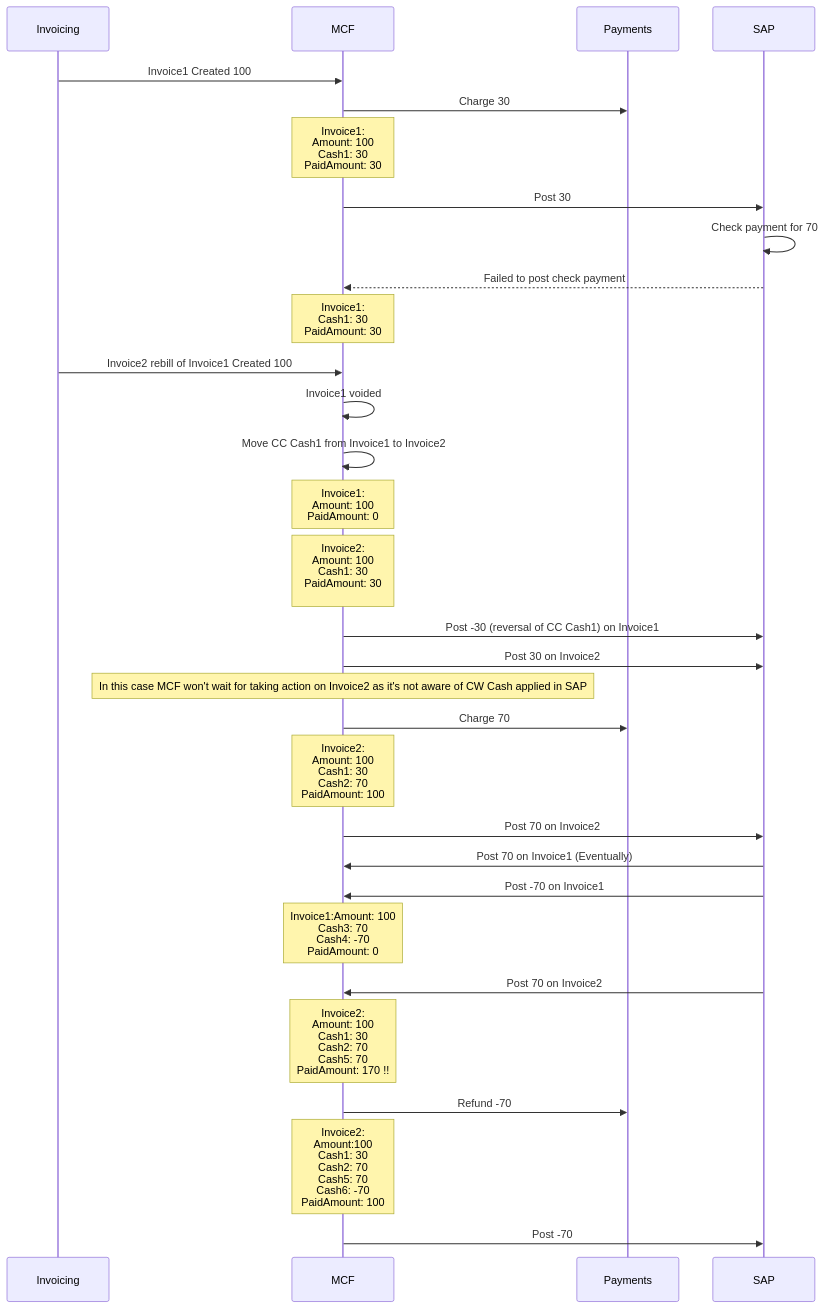
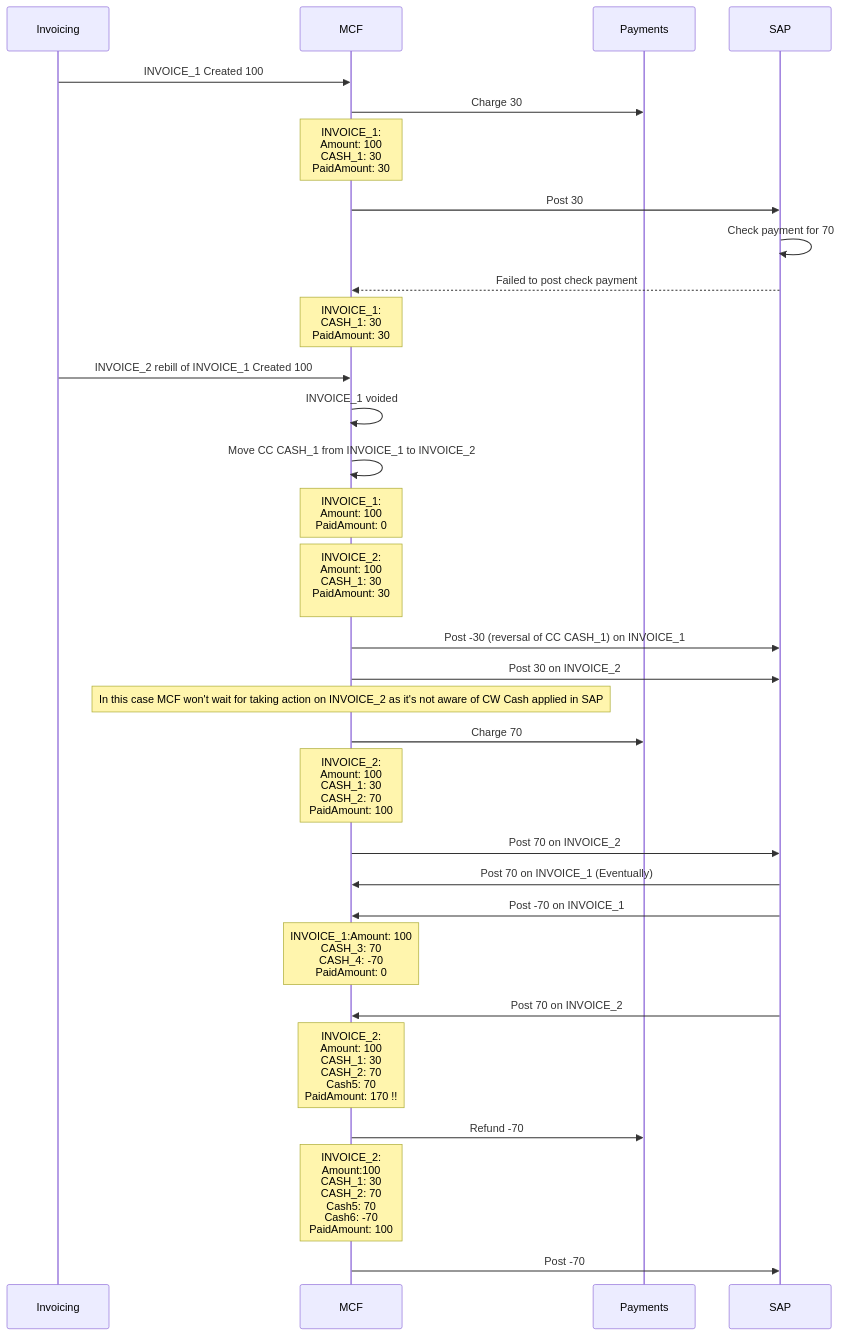
Before and after one commit to vikramsinha/test1: diagram 17 of 17 in MCF-SAP Scenarios.md, drawn with Mermaid. The commit also changed other lines of this file, not shown here.

Commit message:
Update MCF-SAP Scenarios.md

````diff
--- a/MCF-SAP Scenarios.md
+++ b/MCF-SAP Scenarios.md
@@ -289,35 +364,35 @@
 ```mermaid
 %%{init: {'theme': 'default'} }%%
 sequenceDiagram
     participant Invoicing
     participant MCF
     participant Payments
     participant SAP
-    Invoicing->>MCF: Invoice1 Created 100
+    Invoicing->>MCF: INVOICE_1 Created 100
     MCF->>Payments: Charge 30
-    Note over MCF: Invoice1:<br/>Amount: 100<br/>Cash1: 30<br/>PaidAmount: 30
+    Note over MCF: INVOICE_1:<br/>Amount: 100<br/>CASH_1: 30<br/>PaidAmount: 30
     MCF->>SAP: Post 30
     SAP->>SAP: Check payment for 70
     SAP-->>MCF: Failed to post check payment
-    Note over MCF: Invoice1:<br/>Cash1: 30<br/>PaidAmount: 30
-    Invoicing->>MCF: Invoice2 rebill of Invoice1 Created 100
-    MCF->>MCF: Invoice1 voided    
-    MCF->>MCF: Move CC Cash1 from Invoice1 to Invoice2
-    Note over MCF: Invoice1:<br/>Amount: 100<br/>PaidAmount: 0
-    Note over MCF: Invoice2:<br/>Amount: 100<br/>Cash1: 30<br/>PaidAmount: 30<br/>
-    MCF->>SAP: Post -30 (reversal of CC Cash1) on Invoice1
-    MCF->>SAP: Post 30 on Invoice2
-    Note over MCF: In this case MCF won't wait for taking action on Invoice2 as it's not aware of CW Cash applied in SAP
+    Note over MCF: INVOICE_1:<br/>CASH_1: 30<br/>PaidAmount: 30
+    Invoicing->>MCF: INVOICE_2 rebill of INVOICE_1 Created 100
+    MCF->>MCF: INVOICE_1 voided    
+    MCF->>MCF: Move CC CASH_1 from INVOICE_1 to INVOICE_2
+    Note over MCF: INVOICE_1:<br/>Amount: 100<br/>PaidAmount: 0
+    Note over MCF: INVOICE_2:<br/>Amount: 100<br/>CASH_1: 30<br/>PaidAmount: 30<br/>
+    MCF->>SAP: Post -30 (reversal of CC CASH_1) on INVOICE_1
+    MCF->>SAP: Post 30 on INVOICE_2
+    Note over MCF: In this case MCF won't wait for taking action on INVOICE_2 as it's not aware of CW Cash applied in SAP
     MCF->>Payments: Charge 70
-    Note over MCF: Invoice2:<br/>Amount: 100<br/>Cash1: 30<br/>Cash2: 70<br/>PaidAmount: 100
-    MCF->>SAP: Post 70 on Invoice2
-    SAP->>MCF: Post 70 on Invoice1 (Eventually)
-    SAP->>MCF: Post -70 on Invoice1
-    Note over MCF: Invoice1:Amount: 100<br/>Cash3: 70<br/>Cash4: -70<br/>PaidAmount: 0
-    SAP->>MCF: Post 70 on Invoice2
-    Note over MCF: Invoice2:<br/>Amount: 100<br/>Cash1: 30<br/>Cash2: 70<br/>Cash5: 70<br/>PaidAmount: 170 !!
+    Note over MCF: INVOICE_2:<br/>Amount: 100<br/>CASH_1: 30<br/>CASH_2: 70<br/>PaidAmount: 100
+    MCF->>SAP: Post 70 on INVOICE_2
+    SAP->>MCF: Post 70 on INVOICE_1 (Eventually)
+    SAP->>MCF: Post -70 on INVOICE_1
+    Note over MCF: INVOICE_1:Amount: 100<br/>CASH_3: 70<br/>CASH_4: -70<br/>PaidAmount: 0
+    SAP->>MCF: Post 70 on INVOICE_2
+    Note over MCF: INVOICE_2:<br/>Amount: 100<br/>CASH_1: 30<br/>CASH_2: 70<br/>Cash5: 70<br/>PaidAmount: 170 !!
     MCF->>Payments: Refund -70
-    Note over MCF: Invoice2:<br/>Amount:100<br/>Cash1: 30<br/>Cash2: 70<br/>Cash5: 70<br/>Cash6: -70<br/>PaidAmount: 100
+    Note over MCF: INVOICE_2:<br/>Amount:100<br/>CASH_1: 30<br/>CASH_2: 70<br/>Cash5: 70<br/>Cash6: -70<br/>PaidAmount: 100
     MCF->>SAP: Post -70
     
 ```
````
